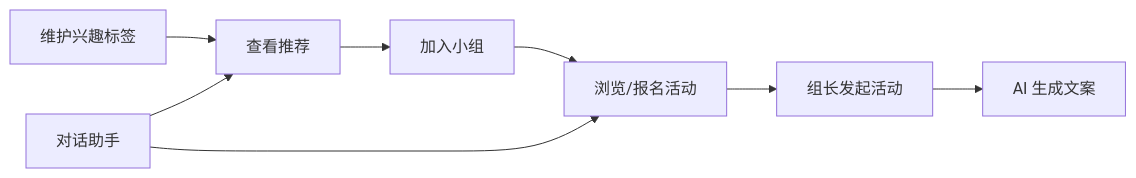
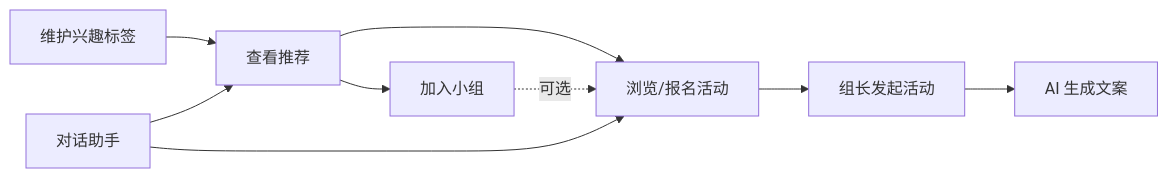
One commit to moyi5603/Interest-Group_2 changed the diagram in docs/superpowers/specs/2026-05-26-interest-group-design.md. Above: the diagram before and after it, drawn with Mermaid. The commit also changed other lines of this file and 30 other files, not shown here.

````diff
--- a/docs/superpowers/specs/2026-05-26-interest-group-design.md
+++ b/docs/superpowers/specs/2026-05-26-interest-group-design.md
@@ -53,10 +53,11 @@
 ```mermaid
 flowchart LR
   T[维护兴趣标签] --> R[查看推荐]
   R --> J[加入小组]
-  J --> A[浏览/报名活动]
+  R --> A[浏览/报名活动]
+  J -.->|可选| A
   A --> C[组长发起活动]
   C --> G[AI 生成文案]
   Chat[对话助手] --> R
   Chat --> A
 ```
````
